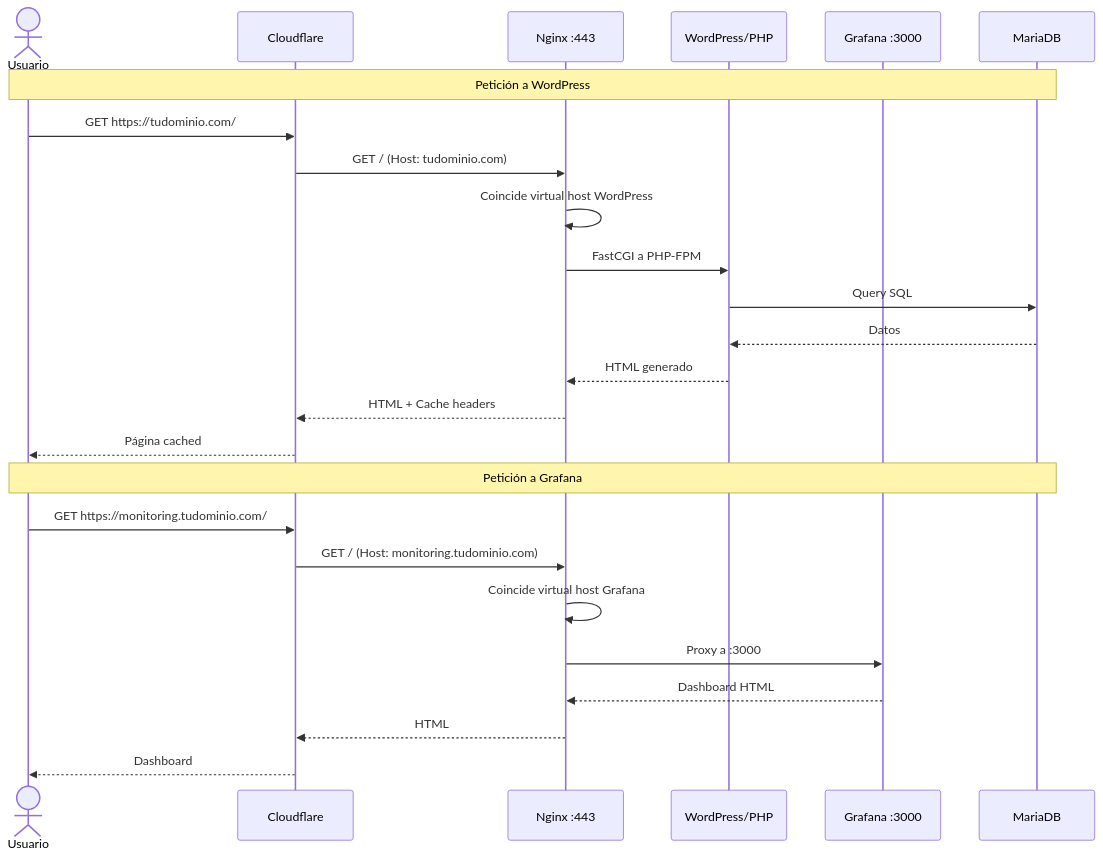
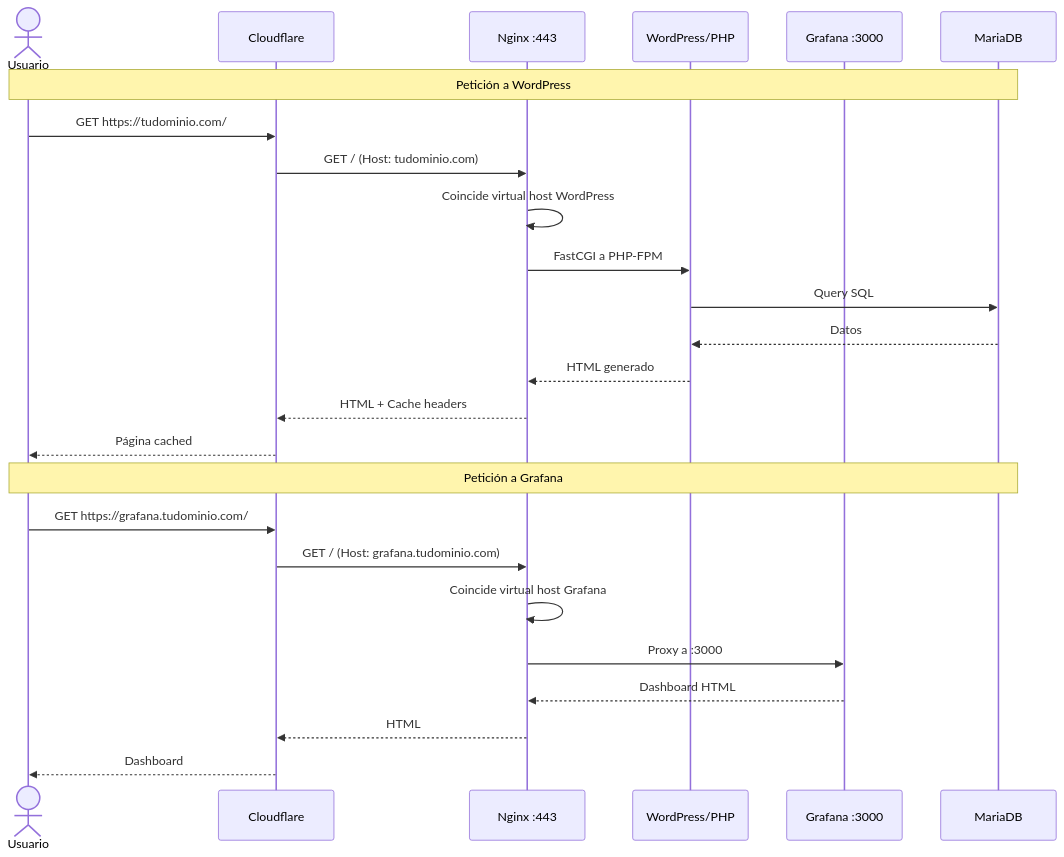
One commit to malpanez/hetzner-secure-infrastructure changed diagram 18 of 25 in docs/guides/DEPLOYMENT_GUIDE.md. Above: the diagram before and after it, drawn with Mermaid. The commit also changed other lines of this file and 38 other files, not shown here.

````diff
--- a/docs/guides/DEPLOYMENT_GUIDE.md
+++ b/docs/guides/DEPLOYMENT_GUIDE.md
@@ -1584,29 +1564,29 @@
 ```mermaid
 sequenceDiagram
     actor User as Usuario
     participant CF as Cloudflare
     participant Nginx as Nginx :443
     participant WP as WordPress/PHP
     participant Graf as Grafana :3000
     participant DB as MariaDB
 
     Note over User,DB: Petición a WordPress
     User->>CF: GET https://tudominio.com/
     CF->>Nginx: GET / (Host: tudominio.com)
     Nginx->>Nginx: Coincide virtual host WordPress
     Nginx->>WP: FastCGI a PHP-FPM
     WP->>DB: Query SQL
     DB-->>WP: Datos
     WP-->>Nginx: HTML generado
     Nginx-->>CF: HTML + Cache headers
     CF-->>User: Página cached
 
     Note over User,DB: Petición a Grafana
-    User->>CF: GET https://monitoring.tudominio.com/
-    CF->>Nginx: GET / (Host: monitoring.tudominio.com)
+    User->>CF: GET https://grafana.tudominio.com/
+    CF->>Nginx: GET / (Host: grafana.tudominio.com)
     Nginx->>Nginx: Coincide virtual host Grafana
     Nginx->>Graf: Proxy a :3000
     Graf-->>Nginx: Dashboard HTML
     Nginx-->>CF: HTML
     CF-->>User: Dashboard
 ```
````
